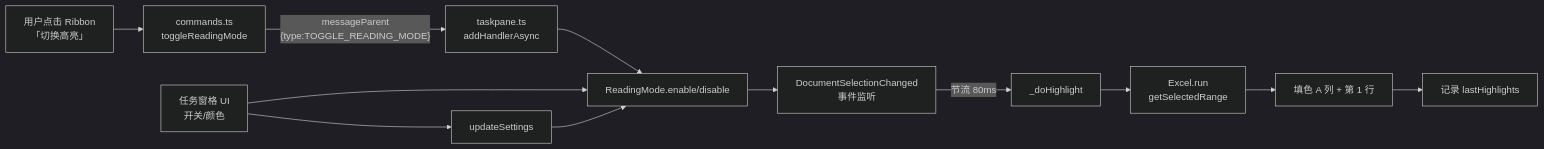
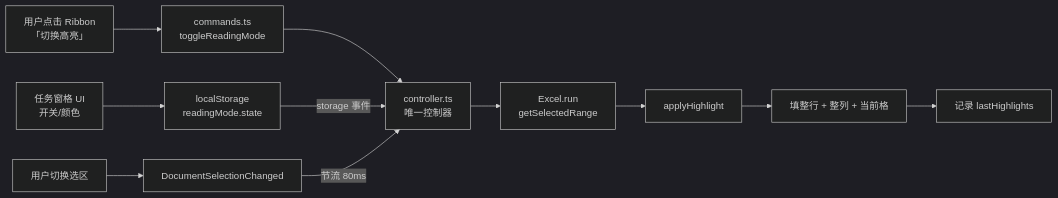
One commit to zsy619/excel-reading-highlight changed the diagram in README.md. Above: the diagram before and after it, drawn with Mermaid (dark theme). The commit also changed other lines of this file and 18 other files, not shown here.

````diff
--- a/README.md
+++ b/README.md
@@ -181,15 +188,15 @@
 ```mermaid
 flowchart LR
     A[用户点击 Ribbon<br/>「切换高亮」] --> B[commands.ts<br/>toggleReadingMode]
-    B -- messageParent<br/>{type:TOGGLE_READING_MODE} --> C[taskpane.ts<br/>addHandlerAsync]
-    C --> D[ReadingMode.enable/disable]
-    D --> E[DocumentSelectionChanged<br/>事件监听]
-    E -- 节流 80ms --> F[_doHighlight]
-    F --> G[Excel.run<br/>getSelectedRange]
-    G --> H[填色 A 列 + 第 1 行]
-    H --> I[记录 lastHighlights]
+    B --> C[controller.ts<br/>唯一控制器]
+    C --> D[Excel.run<br/>getSelectedRange]
+    D --> E[applyHighlight]
+    E --> F[填整行 + 整列 + 当前格]
+    F --> G[记录 lastHighlights]
 
-    J[任务窗格 UI<br/>开关/颜色] --> D
-    J --> K[updateSettings]
-    K --> D
+    H[任务窗格 UI<br/>开关/颜色] --> I[localStorage<br/>readingMode.state]
+    I -- storage 事件 --> C
+
+    J[用户切换选区] --> K[DocumentSelectionChanged]
+    K -- 节流 80ms --> C
 ```
````
